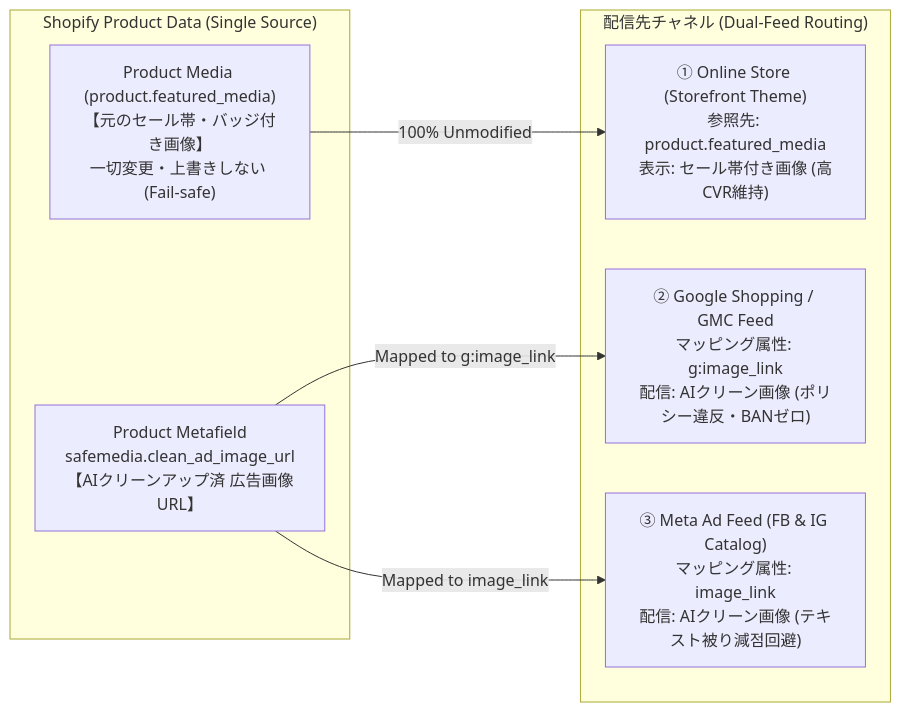
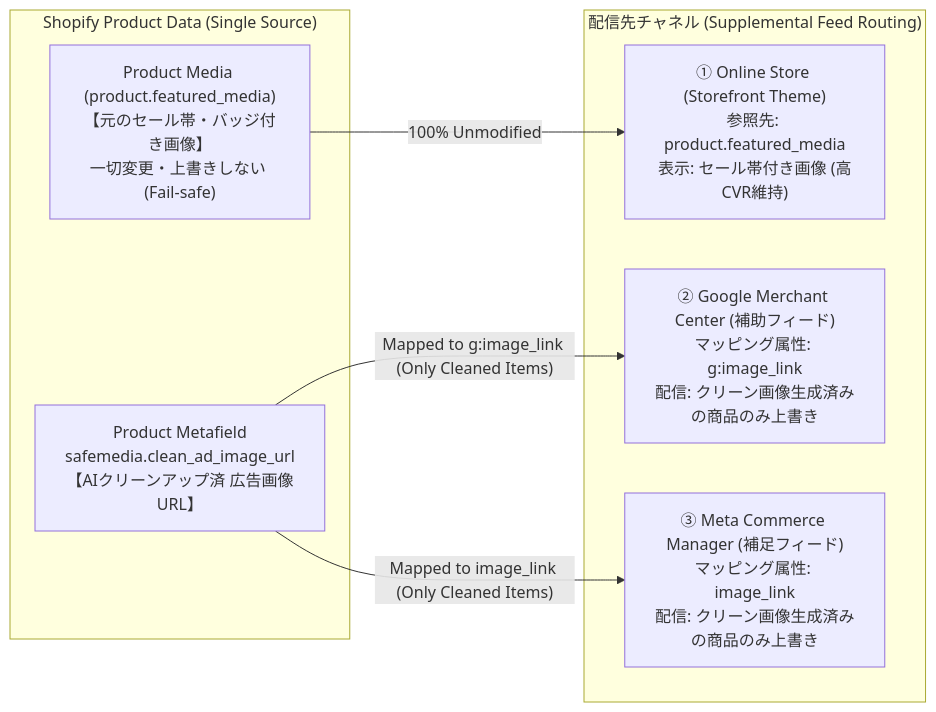
One commit to studionexusops/safemedia-shield changed the third of 7 diagrams in docs/SYSTEM_DESIGN.md. Above: the diagram before and after it, drawn with Mermaid. The commit also changed other lines of this file and 24 other files, not shown here.

Commit message:
feat: add full-variant AI image cleanup, dual-level metafields, and supplemental feed support

````diff
--- a/docs/SYSTEM_DESIGN.md
+++ b/docs/SYSTEM_DESIGN.md
@@ -732,17 +751,17 @@
 ```mermaid
 flowchart LR
     subgraph ShopifyProduct["Shopify Product Data (Single Source)"]
         ORIG["Product Media (product.featured_media)<br>【元のセール帯・バッジ付き画像】<br>一切変更・上書きしない (Fail-safe)"]
         META["Product Metafield<br>safemedia.clean_ad_image_url<br>【AIクリーンアップ済 広告画像URL】"]
     end
 
-    subgraph Channels["配信先チャネル (Dual-Feed Routing)"]
+    subgraph Channels["配信先チャネル (Supplemental Feed Routing)"]
         SF["① Online Store (Storefront Theme)<br>参照先: product.featured_media<br>表示: セール帯付き画像 (高CVR維持)"]
-        GMC["② Google Shopping / GMC Feed<br>マッピング属性: g:image_link<br>配信: AIクリーン画像 (ポリシー違反・BANゼロ)"]
-        META_AD["③ Meta Ad Feed (FB & IG Catalog)<br>マッピング属性: image_link<br>配信: AIクリーン画像 (テキスト被り減점回避)"]
+        GMC["② Google Merchant Center (補助フィード)<br>マッピング属性: g:image_link<br>配信: クリーン画像生成済みの商品のみ上書き"]
+        META_AD["③ Meta Commerce Manager (補足フィード)<br>マッピング属性: image_link<br>配信: クリーン画像生成済みの商品のみ上書き"]
     end
 
     ORIG -->|"100% Unmodified"| SF
-    META -->|"Mapped to g:image_link"| GMC
-    META -->|"Mapped to image_link"| META_AD
+    META -->|"Mapped to g:image_link (Only Cleaned Items)"| GMC
+    META -->|"Mapped to image_link (Only Cleaned Items)"| META_AD
 ```
````
